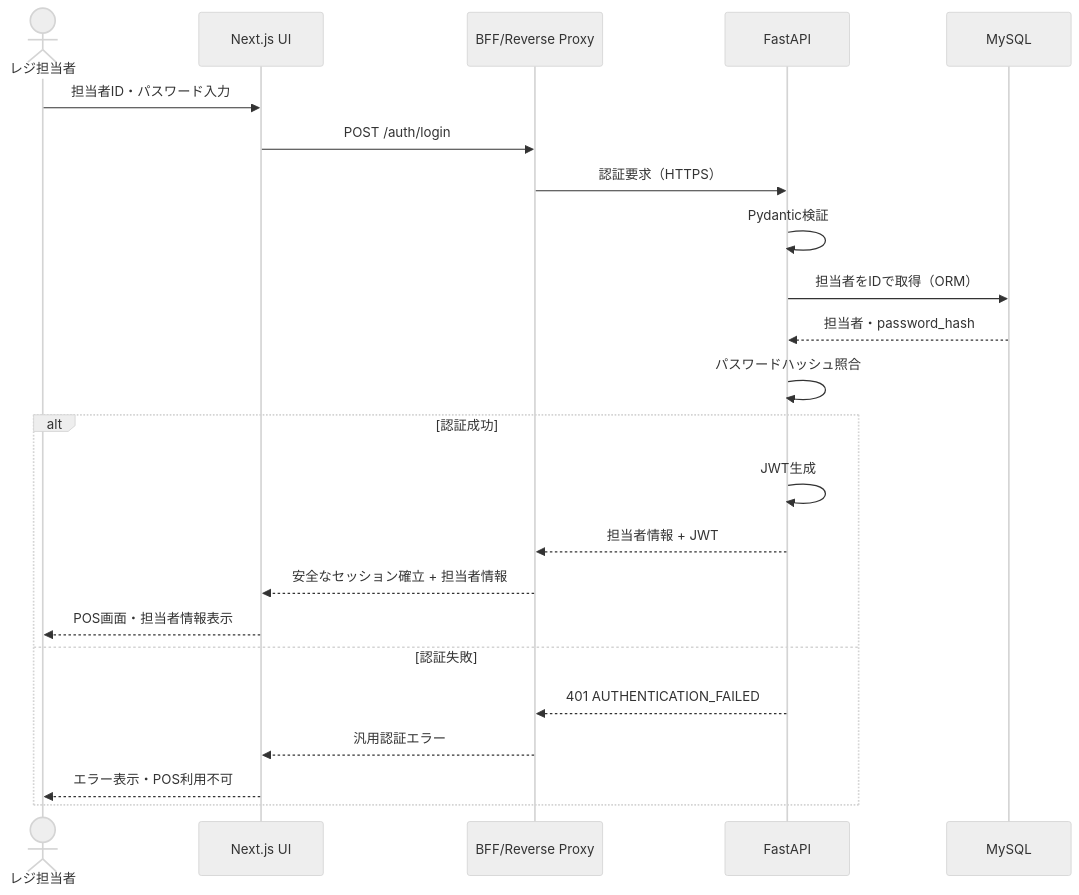
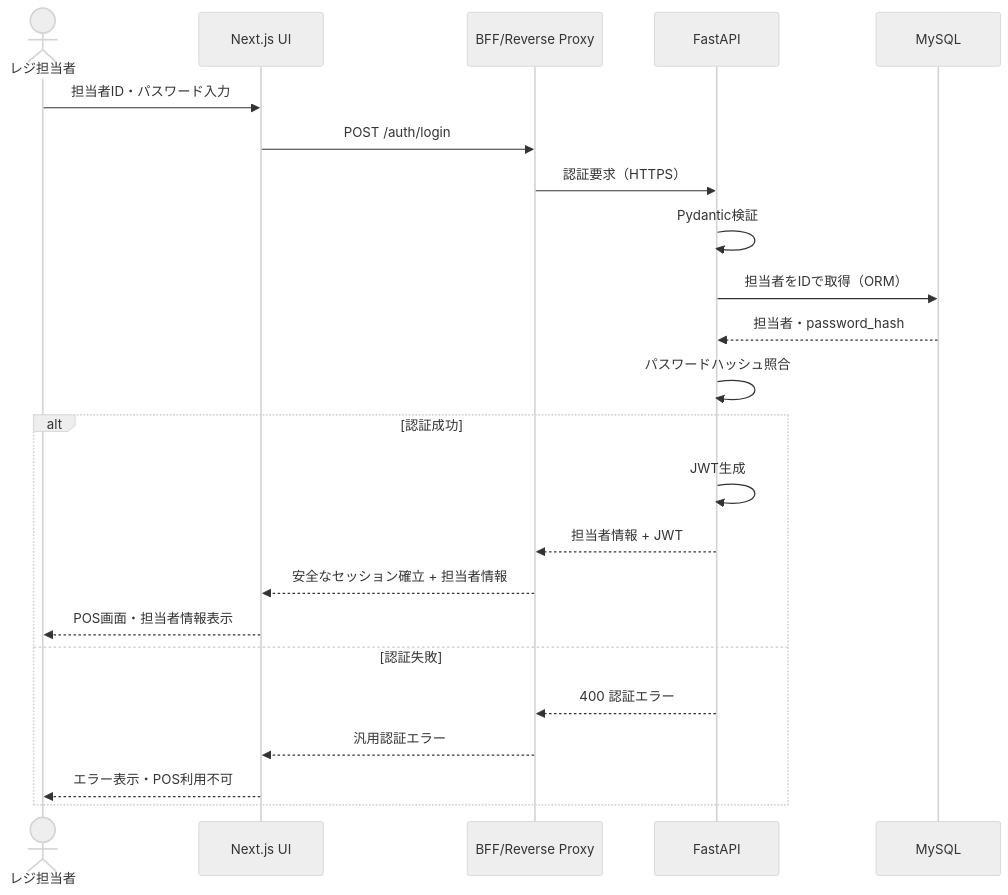
The fourth of 7 diagrams in docs/設計仕様書.md (Shamae31/tech0-lv2-pos-design), drawn with Mermaid (neutral theme) before and after one commit. The commit also changed other lines of this file and 1 other file, not shown here.

````diff
--- a/docs/設計仕様書.md
+++ b/docs/設計仕様書.md
@@ -363,25 +362,25 @@
 ```mermaid
 sequenceDiagram
     actor Staff as レジ担当者
     participant UI as Next.js UI
     participant BFF as BFF/Reverse Proxy
     participant API as FastAPI
     participant DB as MySQL
     Staff->>UI: 担当者ID・パスワード入力
     UI->>BFF: POST /auth/login
     BFF->>API: 認証要求（HTTPS）
     API->>API: Pydantic検証
     API->>DB: 担当者をIDで取得（ORM）
     DB-->>API: 担当者・password_hash
     API->>API: パスワードハッシュ照合
     alt 認証成功
         API->>API: JWT生成
         API-->>BFF: 担当者情報 + JWT
         BFF-->>UI: 安全なセッション確立 + 担当者情報
         UI-->>Staff: POS画面・担当者情報表示
     else 認証失敗
-        API-->>BFF: 401 AUTHENTICATION_FAILED
+        API-->>BFF: 400 認証エラー
         BFF-->>UI: 汎用認証エラー
         UI-->>Staff: エラー表示・POS利用不可
     end
 ```
````
